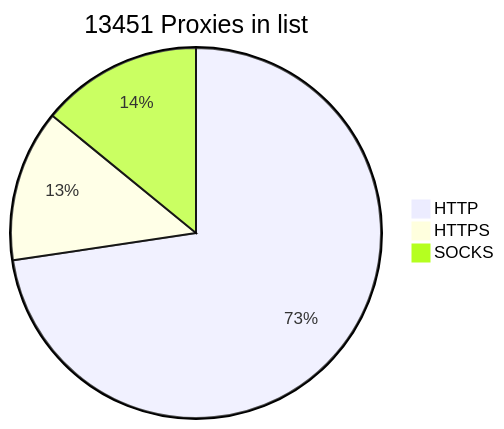
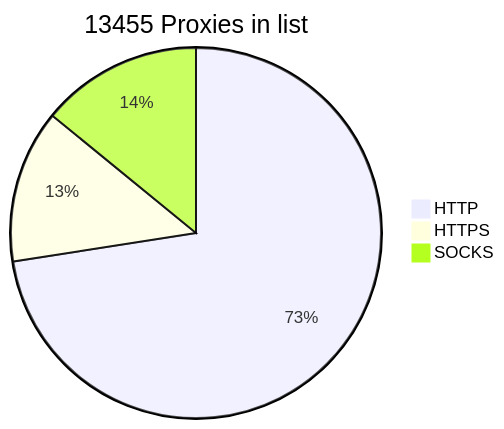
Before and after one commit to BlackSnowDot/proxylist-update-every-minute: the diagram in README.md, drawn with Mermaid.

````diff
--- a/README.md
+++ b/README.md
@@ -2,6 +2,6 @@
 ```mermaid
-pie title 13451 Proxies in list
-    "HTTP" : 10296
-    "HTTPS": 1880
+pie title 13455 Proxies in list
+    "HTTP" : 10281
+    "HTTPS": 1894
     "SOCKS" : 1998
 ```
````
